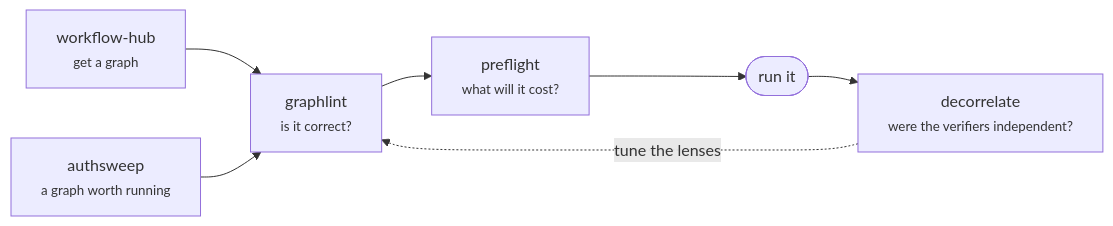
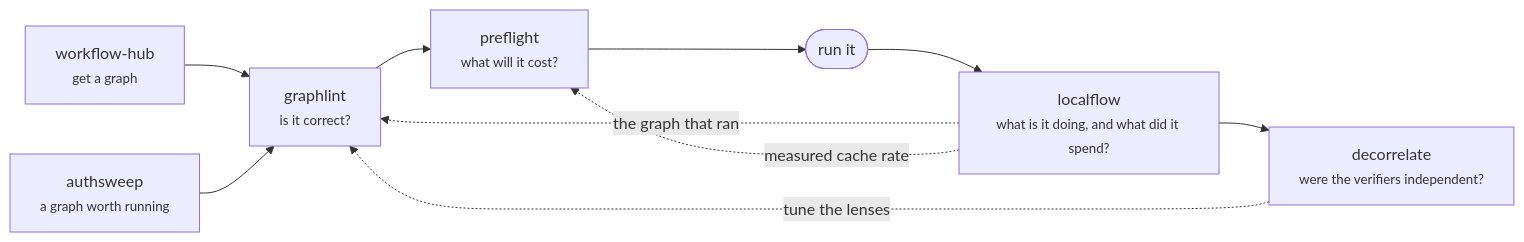
The second of 2 diagrams in profile/README.md (Unchained-Labs/.github), drawn with Mermaid before and after one commit. The commit also changed other lines of this file, not shown here.

First line of the commit message:
localflow, and the two bills it found

````diff
--- a/profile/README.md
+++ b/profile/README.md
@@ -78,9 +80,12 @@
 ```mermaid
 flowchart LR
   H["workflow-hub<br><small>get a graph</small>"] --> G["graphlint<br><small>is it correct?</small>"]
   G --> P["preflight<br><small>what will it cost?</small>"]
   P --> R(["run it"])
-  R --> D["decorrelate<br><small>were the verifiers independent?</small>"]
+  R --> L["localflow<br><small>what is it doing, and what did it spend?</small>"]
+  L --> D["decorrelate<br><small>were the verifiers independent?</small>"]
+  L -.->|the graph that ran| G
+  L -.->|measured cache rate| P
   D -.->|tune the lenses| G
   A["authsweep<br><small>a graph worth running</small>"] --> G
 ```
````
